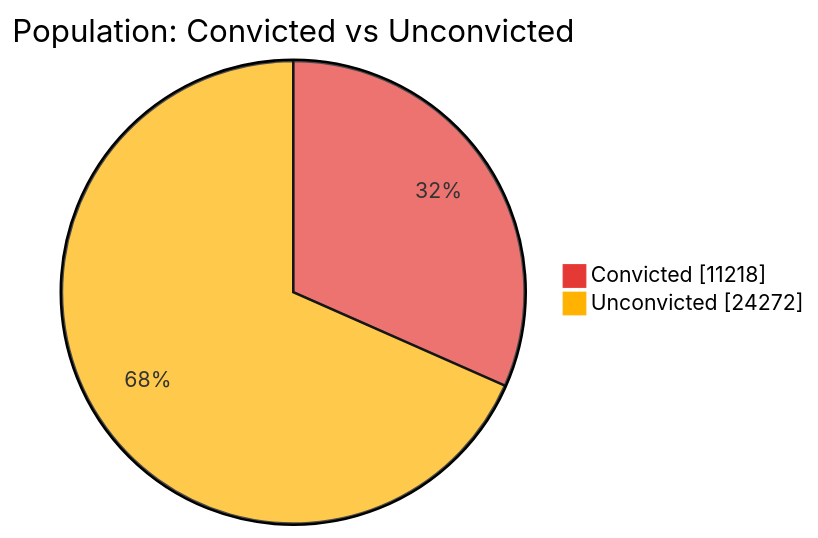
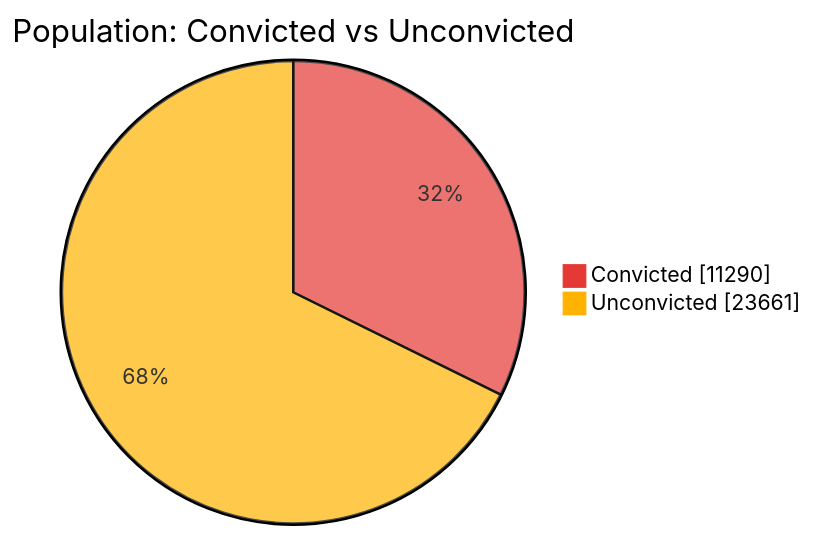
The first of 7 diagrams in README.md (nuuuwan/lk_prisons), drawn with Mermaid before and after one commit. The commit also changed other lines of this file and 1 other file, not shown here.

````diff
--- a/README.md
+++ b/README.md
@@ -43,6 +43,6 @@
 ```mermaid
 %%{init: {'themeVariables': {'pie1': '#E53935', 'pie2': '#FFB300'}}}%%
 pie showData title Population: Convicted vs Unconvicted
-    "Convicted" : 11218
-    "Unconvicted" : 24272
+    "Convicted" : 11290
+    "Unconvicted" : 23661
 ```
````
